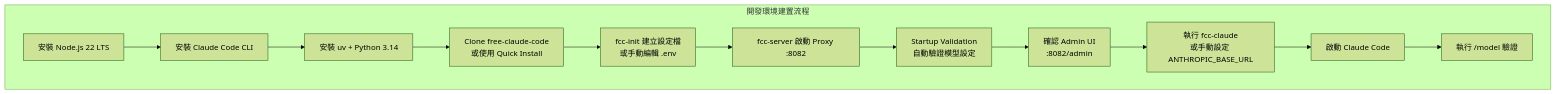
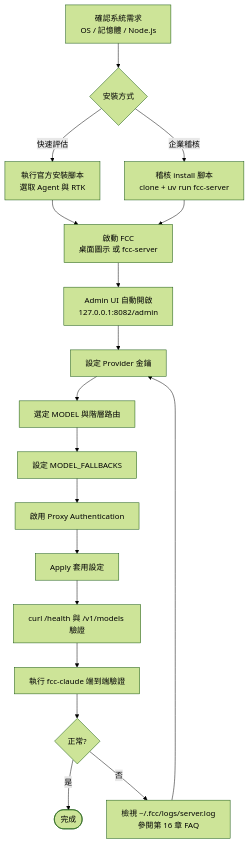
The seventh of 27 diagrams in content/posts/教學/AI開發/free-claude-code 教學手冊.md (chihhung/Blog), drawn with Mermaid (forest theme) before and after one commit. The commit also changed other lines of this file and 1 other file, not shown here.

````diff
--- a/content/posts/教學/AI開發/free-claude-code 教學手冊.md
+++ b/content/posts/教學/AI開發/free-claude-code 教學手冊.md
@@ -481,15 +1004,20 @@
 ```mermaid
 graph TD
-    subgraph "開發環境建置流程"
-        S1[安裝 Node.js 22 LTS] --> S2[安裝 Claude Code CLI]
-        S2 --> S3[安裝 uv + Python 3.14]
-        S3 --> S4[Clone free-claude-code<br/>或使用 Quick Install]
-        S4 --> S5[fcc-init 建立設定檔<br/>或手動編輯 .env]
-        S5 --> S6[fcc-server 啟動 Proxy :8082]
-        S6 --> S6A[Startup Validation<br/>自動驗證模型設定]
-        S6A --> S6B[確認 Admin UI<br/>:8082/admin]
-        S6B --> S7[執行 fcc-claude<br/>或手動設定 ANTHROPIC_BASE_URL]
-        S7 --> S8[啟動 Claude Code]
-        S8 --> S9[執行 /model 驗證]
-    end
+    S1[確認系統需求<br/>OS / 記憶體 / Node.js] --> S2{安裝方式}
+    S2 -->|快速評估| S3A[執行官方安裝腳本<br/>選取 Agent 與 RTK]
+    S2 -->|企業稽核| S3B[稽核 install 腳本<br/>clone + uv run fcc-server]
+    S3A --> S4[啟動 FCC<br/>桌面圖示 或 fcc-server]
+    S3B --> S4
+    S4 --> S5[Admin UI 自動開啟<br/>127.0.0.1:8082/admin]
+    S5 --> S6[設定 Provider 金鑰]
+    S6 --> S7[選定 MODEL 與階層路由]
+    S7 --> S8[設定 MODEL_FALLBACKS]
+    S8 --> S9[啟用 Proxy Authentication]
+    S9 --> S10[Apply 套用設定]
+    S10 --> S11[curl /health 與 /v1/models 驗證]
+    S11 --> S12[執行 fcc-claude 端到端驗證]
+    S12 --> S13{正常?}
+    S13 -->|是| DONE([完成])
+    S13 -->|否| DBG[檢視 ~/.fcc/logs/server.log<br/>參閱第 16 章 FAQ]
+    DBG --> S6
 ```
````
